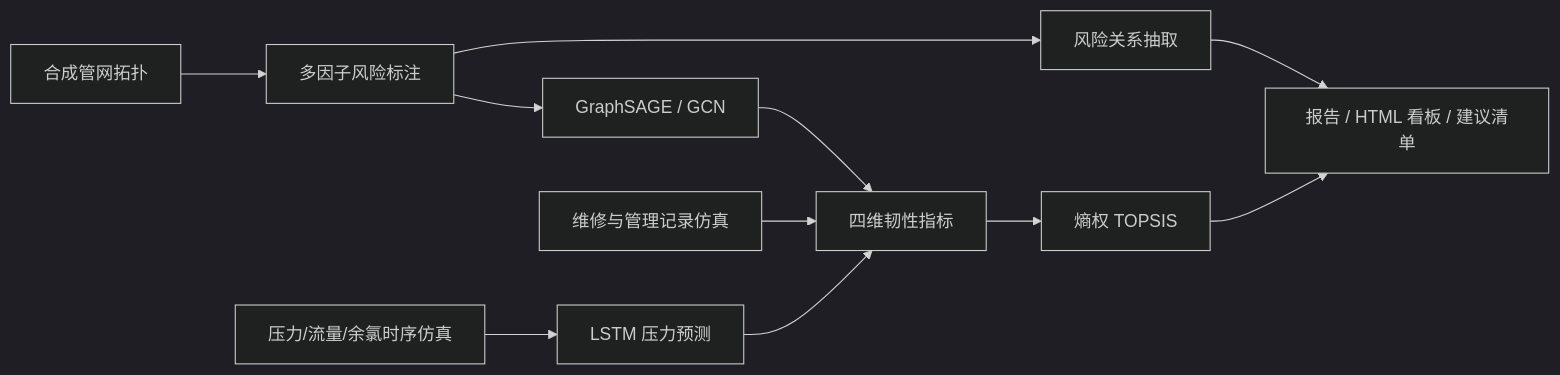
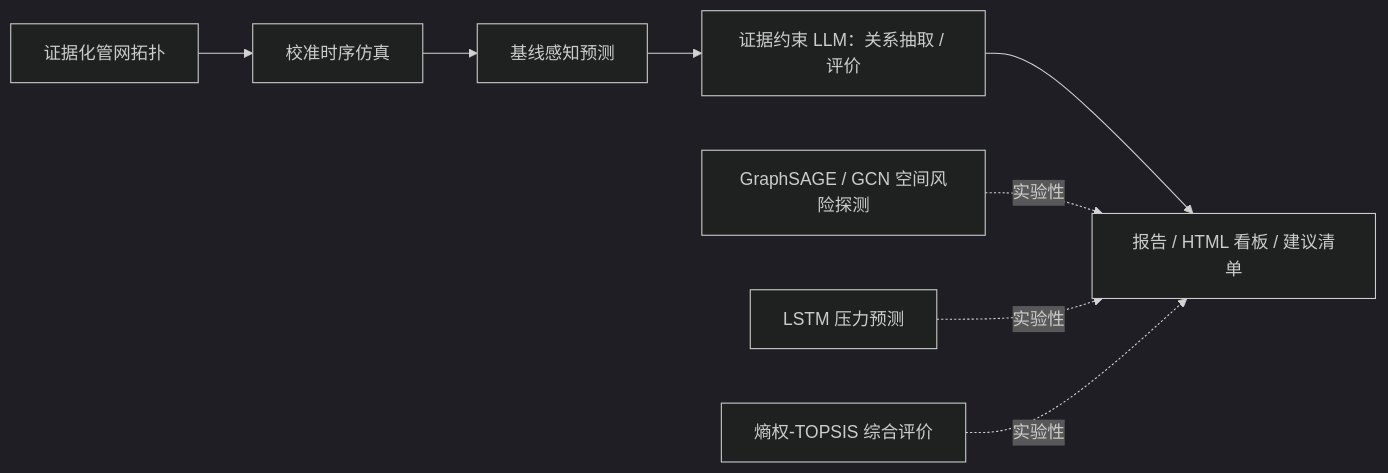
The diagram in README.md (catiseyeqaq/zhihui-shuiwu-zonghe-guanli-agent-xitong), drawn with Mermaid (dark theme) before and after one commit. The commit also changed other lines of this file and 2 other files, not shown here.

Commit message:
docs: align README with R2 evidence-backed pipeline; recast GNN/LSTM/TOPSIS as exploratory modules; add minimal CI

````diff
--- a/README.md
+++ b/README.md
@@ -9,13 +11,11 @@
 ```mermaid
 flowchart LR
-    A[合成管网拓扑] --> B[多因子风险标注]
-    B --> C[GraphSAGE / GCN]
-    D[压力/流量/余氯时序仿真] --> E[LSTM 压力预测]
-    F[维修与管理记录仿真] --> G[四维韧性指标]
-    C --> G
-    E --> G
-    B --> H[风险关系抽取]
-    G --> I[熵权 TOPSIS]
-    I --> J[报告 / HTML 看板 / 建议清单]
-    H --> J
+    A[证据化管网拓扑] --> B[校准时序仿真]
+    B --> C[基线感知预测]
+    C --> D[证据约束 LLM：关系抽取 / 评价]
+    D --> E[报告 / HTML 看板 / 建议清单]
+
+    G[GraphSAGE / GCN 空间风险探测] -. 实验性 .-> E
+    L[LSTM 压力预测] -. 实验性 .-> E
+    T[熵权-TOPSIS 综合评价] -. 实验性 .-> E
 ```
````
